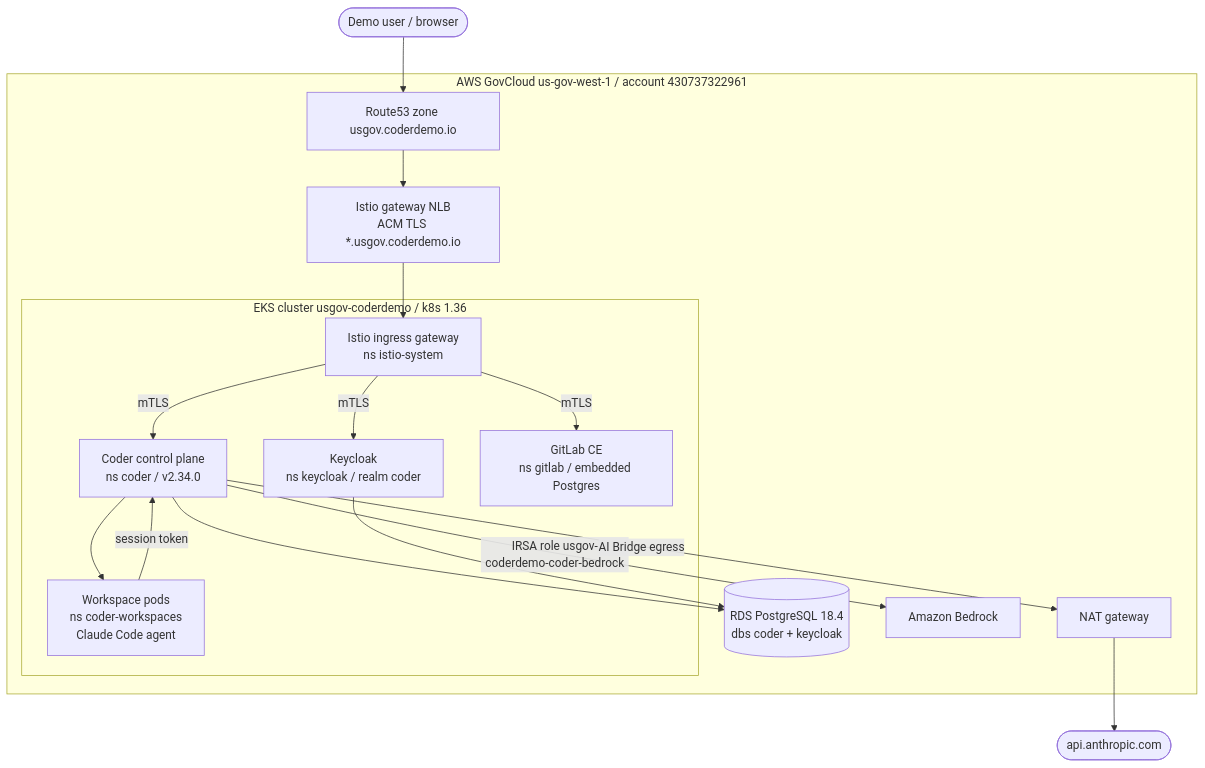
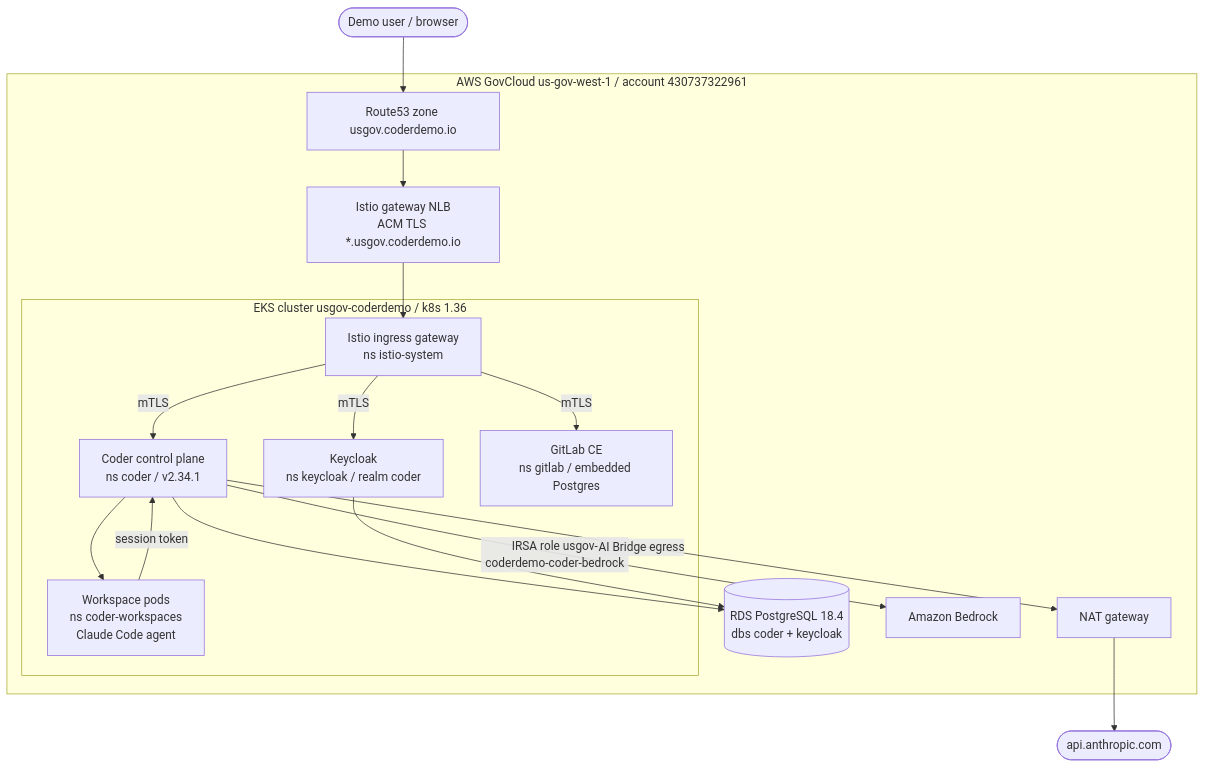
One commit to coder/usgov-coderdemo changed the diagram in docs/as-built/00-overview.md. Above: the diagram before and after it, drawn with Mermaid. The commit also changed other lines of this file and 18 other files, not shown here.

````diff
--- a/docs/as-built/00-overview.md
+++ b/docs/as-built/00-overview.md
@@ -84,34 +87,34 @@
 ```mermaid
 flowchart TB
   user([Demo user / browser])
 
   subgraph gov [AWS GovCloud us-gov-west-1 / account 430737322961]
     r53[Route53 zone usgov.coderdemo.io]
     nlb[Istio gateway NLB<br/>ACM TLS *.usgov.coderdemo.io]
 
     subgraph eks [EKS cluster usgov-coderdemo / k8s 1.36]
       igw[Istio ingress gateway<br/>ns istio-system]
-      coder[Coder control plane<br/>ns coder / v2.34.0]
+      coder[Coder control plane<br/>ns coder / v2.34.1]
       kc[Keycloak<br/>ns keycloak / realm coder]
       gl[GitLab CE<br/>ns gitlab / embedded Postgres]
       ws[Workspace pods<br/>ns coder-workspaces<br/>Claude Code agent]
     end
 
     rds[(RDS PostgreSQL 18.4<br/>dbs coder + keycloak)]
     bedrock[Amazon Bedrock]
     nat[NAT gateway]
   end
 
   anthropic([api.anthropic.com])
 
   user --> r53 --> nlb --> igw
   igw -->|mTLS| coder
   igw -->|mTLS| kc
   igw -->|mTLS| gl
   coder --> rds
   kc --> rds
   coder -->|IRSA role usgov-coderdemo-coder-bedrock| bedrock
   coder -->|AI Bridge egress| nat --> anthropic
   coder --> ws
   ws -->|session token| coder
 ```
````
